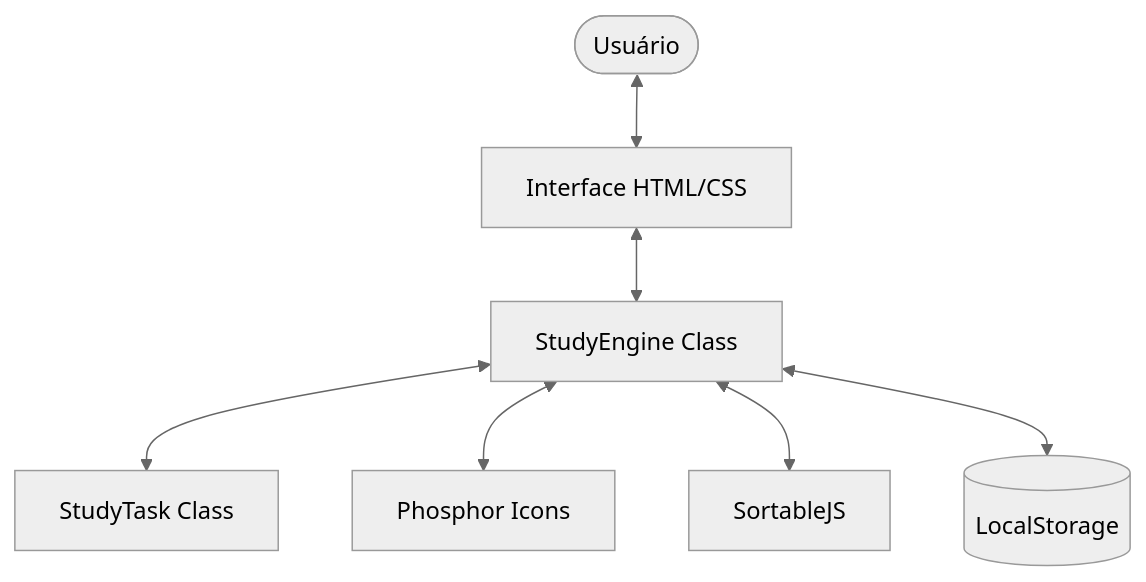
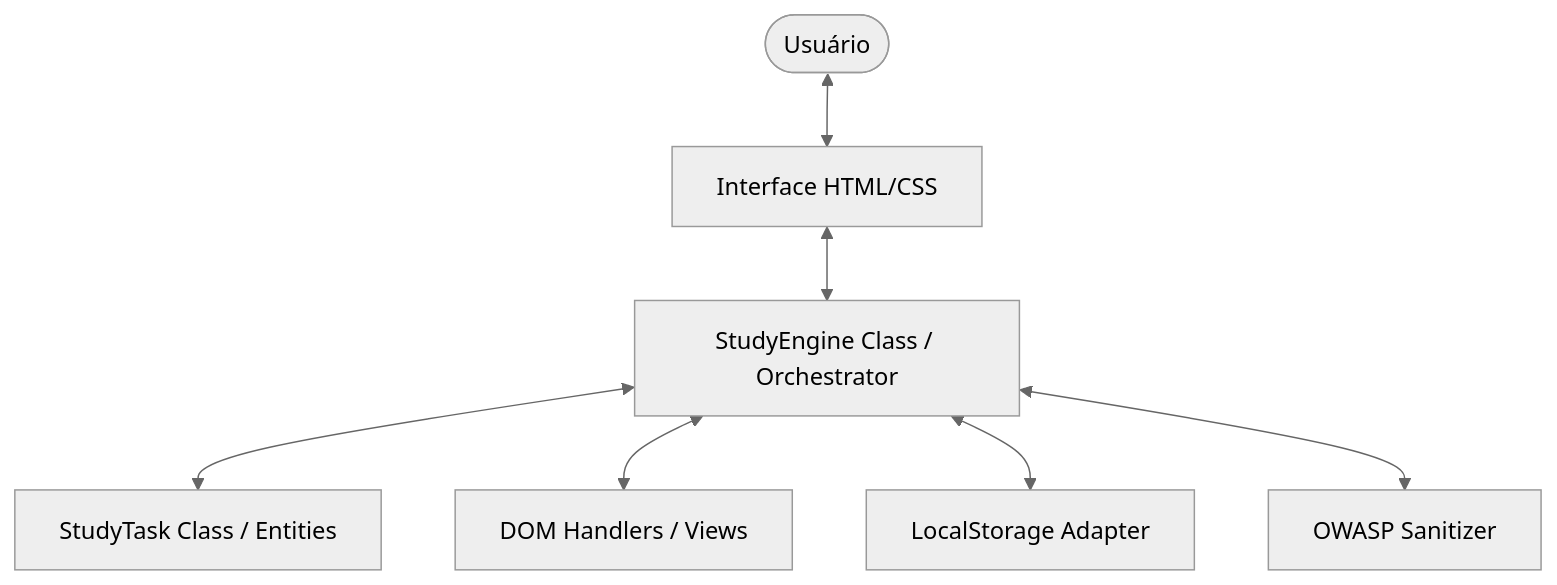
The diagram in README.md (amaurell/studyengine), drawn with Mermaid (neutral theme) before and after one commit. The commit also changed other lines of this file, not shown here.

````diff
--- a/README.md
+++ b/README.md
@@ -26,9 +25,9 @@
 ```mermaid
 graph TD
     User([Usuário]) <--> UI[Interface HTML/CSS]
-    UI <--> Controller[StudyEngine Class]
-    Controller <--> Model[StudyTask Class]
-    Controller <--> Library1[Phosphor Icons]
-    Controller <--> Library2[SortableJS]
-    Controller <--> DB[(LocalStorage)]
+    UI <--> Controller[StudyEngine Class / Orchestrator]
+    Controller <--> Model[StudyTask Class / Entities]
+    Controller <--> UIOps[DOM Handlers / Views]
+    Controller <--> Storage[LocalStorage Adapter]
+    Controller <--> Validator[OWASP Sanitizer]
 ```
````
